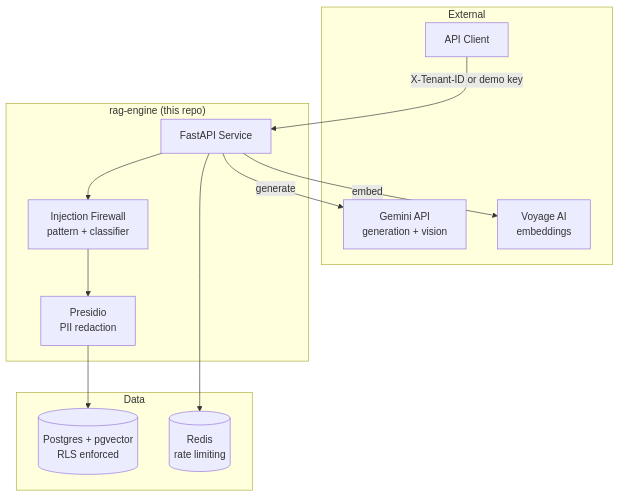
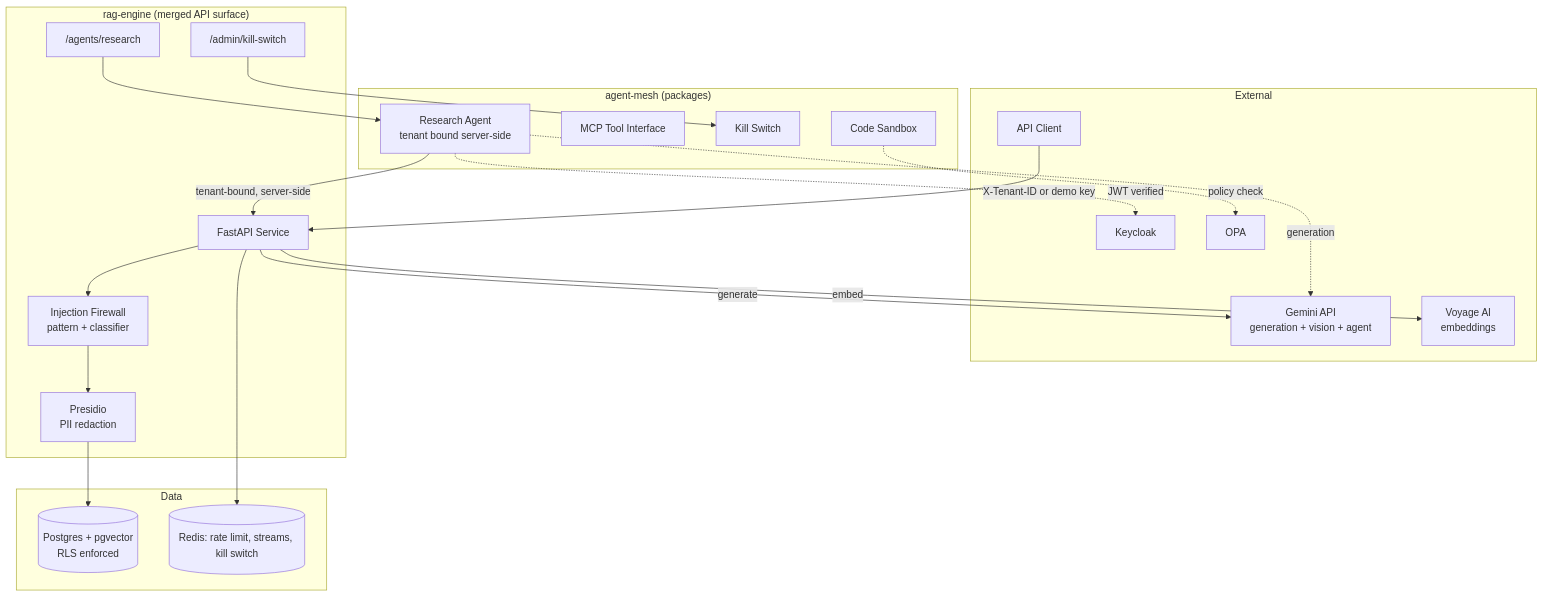
Before and after one commit to md-fazle-rabbi/fazle-enterprise-ai-platform: the diagram in README.md, drawn with Mermaid. The commit also changed other lines of this file and 9 other files, not shown here.

First line of the commit message:
fix tenant-binding gap in research agent, merge agent-mesh into main API

````diff
--- a/README.md
+++ b/README.md
@@ -23,27 +28,44 @@
 ```mermaid
 graph TB
     subgraph "External"
         User[API Client]
-        Gemini[Gemini API<br/>generation + vision]
+        Gemini[Gemini API<br/>generation + vision + agent]
         Voyage[Voyage AI<br/>embeddings]
+        KC[Keycloak]
+        OPA[OPA]
     end
 
-    subgraph "rag-engine (this repo)"
+    subgraph "rag-engine (merged API surface)"
         API[FastAPI Service]
         FW[Injection Firewall<br/>pattern + classifier]
         PII[Presidio<br/>PII redaction]
+        Agents["/agents/research"]
+        Admin["/admin/kill-switch"]
+    end
+
+    subgraph "agent-mesh (packages)"
+        RA[Research Agent<br/>tenant bound server-side]
+        MCP[MCP Tool Interface]
+        KS[Kill Switch]
+        SB[Code Sandbox]
     end
 
     subgraph "Data"
         PG[(Postgres + pgvector<br/>RLS enforced)]
-        Redis[(Redis<br/>rate limiting)]
+        Redis[(Redis: rate limit, streams, kill switch)]
     end
 
     User -->|X-Tenant-ID or demo key| API
     API --> FW
     FW --> PII
     PII --> PG
     API -->|embed| Voyage
     API -->|generate| Gemini
     API --> Redis
+    Agents --> RA
+    RA -->|tenant-bound, server-side| API
+    RA -.->|generation| Gemini
+    Admin --> KS
+    RA -.->|JWT verified| KC
+    SB -.->|policy check| OPA
 ```
````
